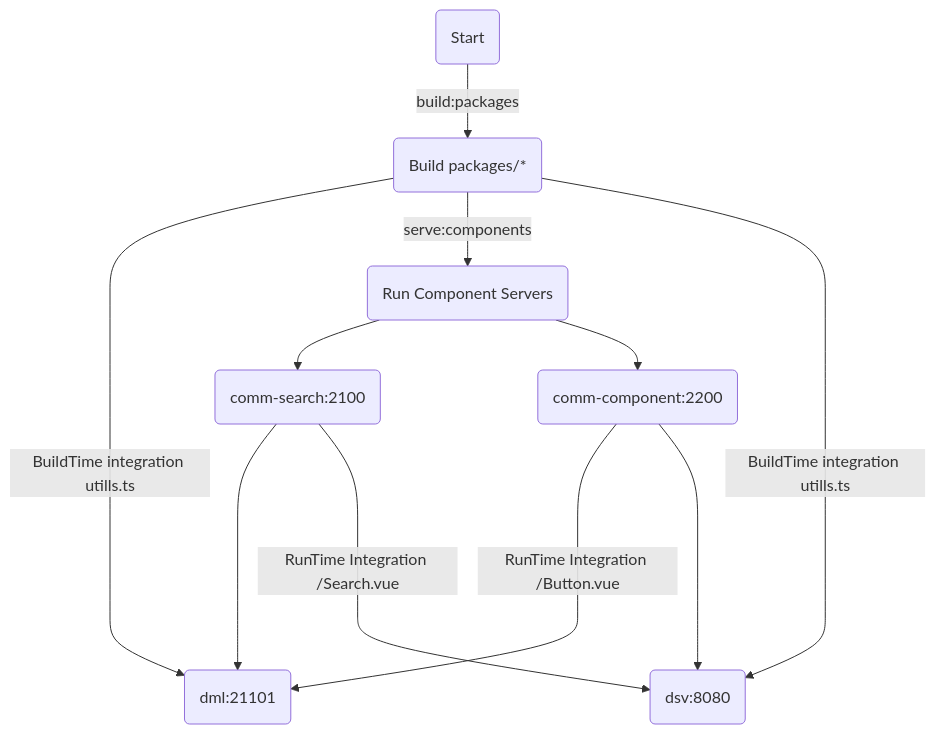
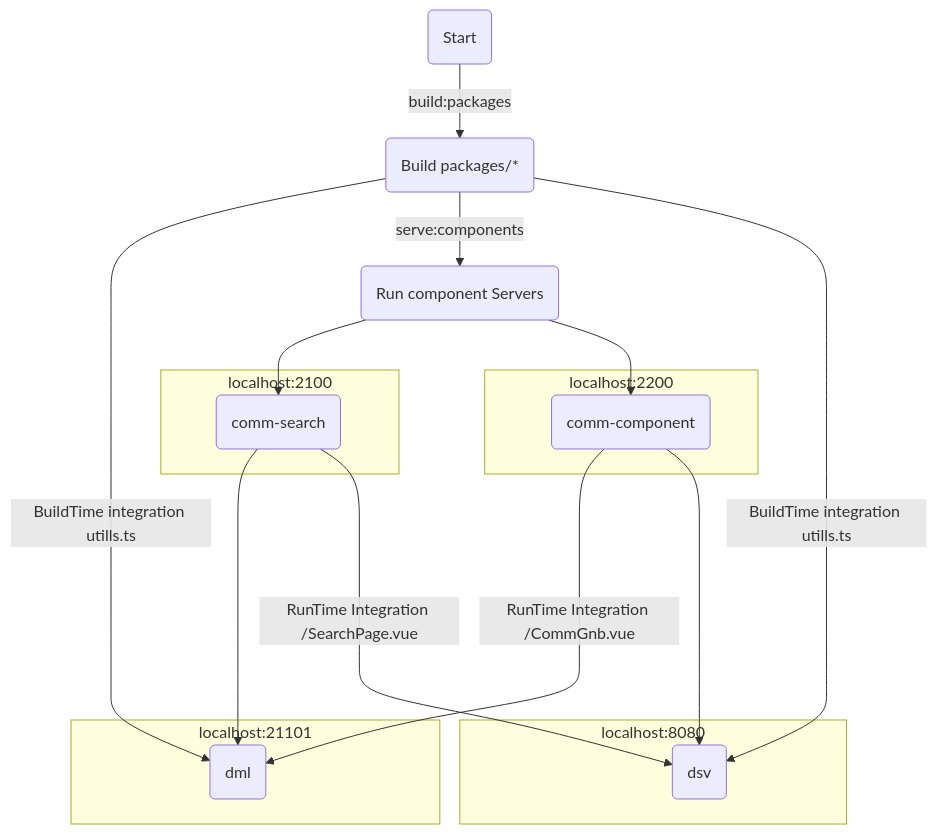
Before and after one commit to Shin-Beomchul/mono-vue3-module-federatio: the diagram in README.md, drawn with Mermaid. The commit also changed other lines of this file, not shown here.

````diff
--- a/README.md
+++ b/README.md
@@ -29,13 +29,26 @@
 ```mermaid
 graph TB
-A(Start) --build:packages --> B(Build packages/*) 
-B--BuildTime integration utills.ts--> E(dml:21101)
-B --serve:components--> PB(Run Component Servers)
-B--BuildTime integration utills.ts--> F(dsv:8080)
-PB --> C(comm-search:2100) 
-PB --> D(comm-component:2200) 
+A(Start) --build:packages --> B(Build packages/*)
+B--BuildTime integration utills.ts--> E(dml)
+B --serve:components--> PB(Run component Servers)
+B--BuildTime integration utills.ts--> F(dsv)
+PB --> C(comm-search)
+PB --> D(comm-component)
 C ----> E(dml:21101)
-D --RunTime Integration /Button.vue--> E(dml:21101)
-C --RunTime Integration /Search.vue--> F(dsv:8080)
-D ----> F(dsv:8080)
+D --RunTime Integration /CommGnb.vue--> E(dml)
+C --RunTime Integration /SearchPage.vue--> F(dsv)
+D ----> F(dsv)
+
+subgraph localhost:2100
+  C
+  end
+ subgraph localhost:2200
+  D
+  end
+ subgraph localhost:21101
+  E
+  end
+ subgraph localhost:8080
+  F
+  end
 ```
````
